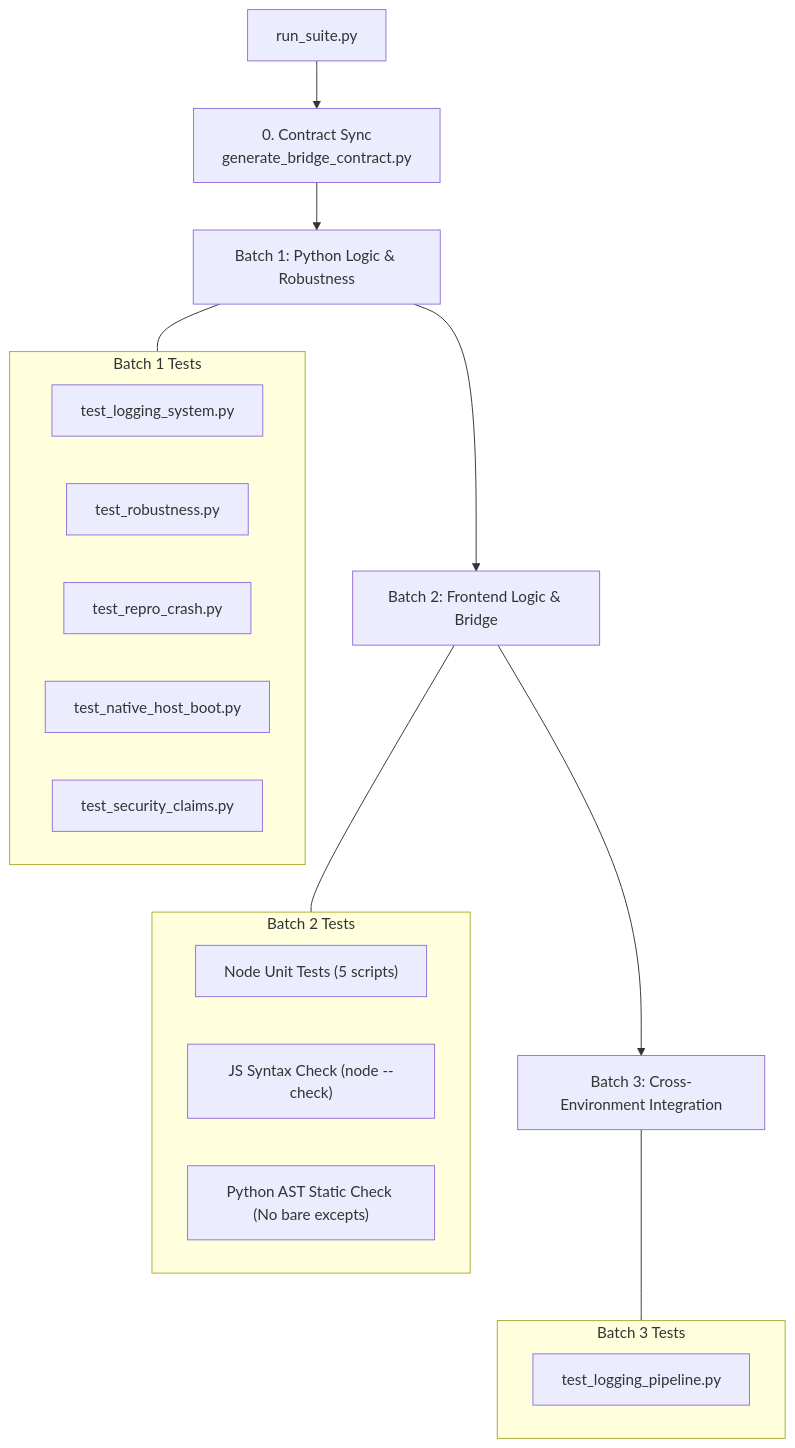
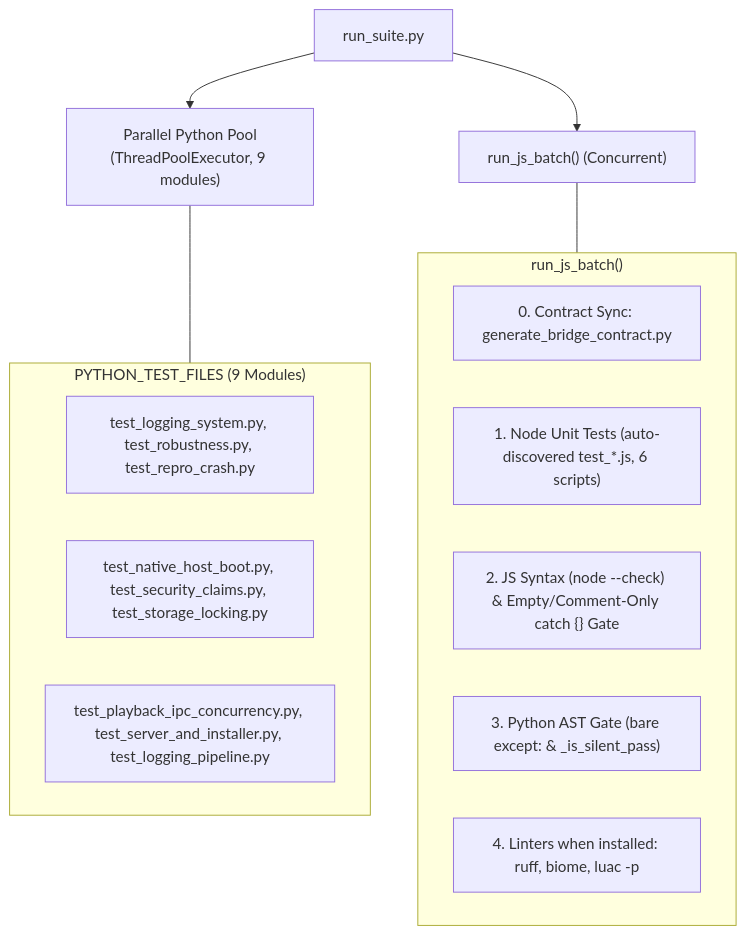
Before and after one commit to Mummykiller/mpv-playlist-organizer: the diagram in .gemini/skills/testing-and-test-authoring/SKILL.md, drawn with Mermaid. The commit also changed other lines of this file and 80 other files, not shown here.

````diff
--- a/.gemini/skills/testing-and-test-authoring/SKILL.md
+++ b/.gemini/skills/testing-and-test-authoring/SKILL.md
@@ -20,29 +20,22 @@
 ```mermaid
 flowchart TD
-    Start["run_suite.py"] --> Contract["0. Contract Sync<br/>generate_bridge_contract.py"]
-    Contract --> B1["Batch 1: Python Logic & Robustness"]
-    B1 --> B2["Batch 2: Frontend Logic & Bridge"]
-    B2 --> B3["Batch 3: Cross-Environment Integration"]
+    Start["run_suite.py"] --> PyPool["Parallel Python Pool<br/>(ThreadPoolExecutor, 9 modules)"]
+    Start --> JsBatch["run_js_batch() (Concurrent)"]
 
-    subgraph B1_Details ["Batch 1 Tests"]
-        T1["test_logging_system.py"]
-        T2["test_robustness.py"]
-        T3["test_repro_crash.py"]
-        T4["test_native_host_boot.py"]
-        T5["test_security_claims.py"]
+    subgraph Py_Details ["PYTHON_TEST_FILES (9 Modules)"]
+        T1["test_logging_system.py, test_robustness.py, test_repro_crash.py"]
+        T2["test_native_host_boot.py, test_security_claims.py, test_storage_locking.py"]
+        T3["test_playback_ipc_concurrency.py, test_server_and_installer.py, test_logging_pipeline.py"]
     end
 
-    subgraph B2_Details ["Batch 2 Tests"]
-        JS1["Node Unit Tests (5 scripts)"]
-        JS2["JS Syntax Check (node --check)"]
-        PY1["Python AST Static Check (No bare excepts)"]
+    subgraph Js_Details ["run_js_batch()"]
+        C1["0. Contract Sync: generate_bridge_contract.py"]
+        JS1["1. Node Unit Tests (auto-discovered test_*.js, 6 scripts)"]
+        JS2["2. JS Syntax (node --check) & Empty/Comment-Only catch {} Gate"]
+        PY1["3. Python AST Gate (bare except: & _is_silent_pass)"]
+        L1["4. Linters when installed: ruff, biome, luac -p"]
     end
 
-    subgraph B3_Details ["Batch 3 Tests"]
-        T6["test_logging_pipeline.py"]
-    end
-
-    B1 --- B1_Details
-    B2 --- B2_Details
-    B3 --- B3_Details
+    PyPool --- Py_Details
+    JsBatch --- Js_Details
 ```
````
